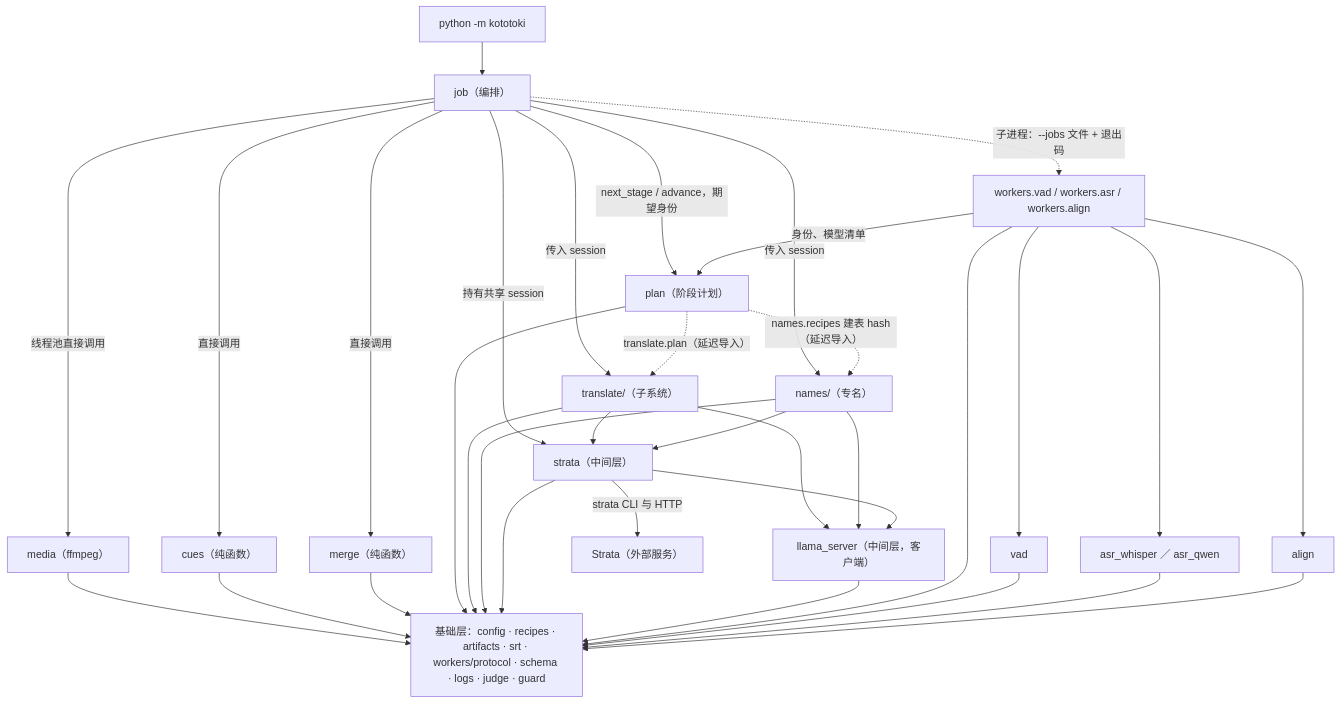
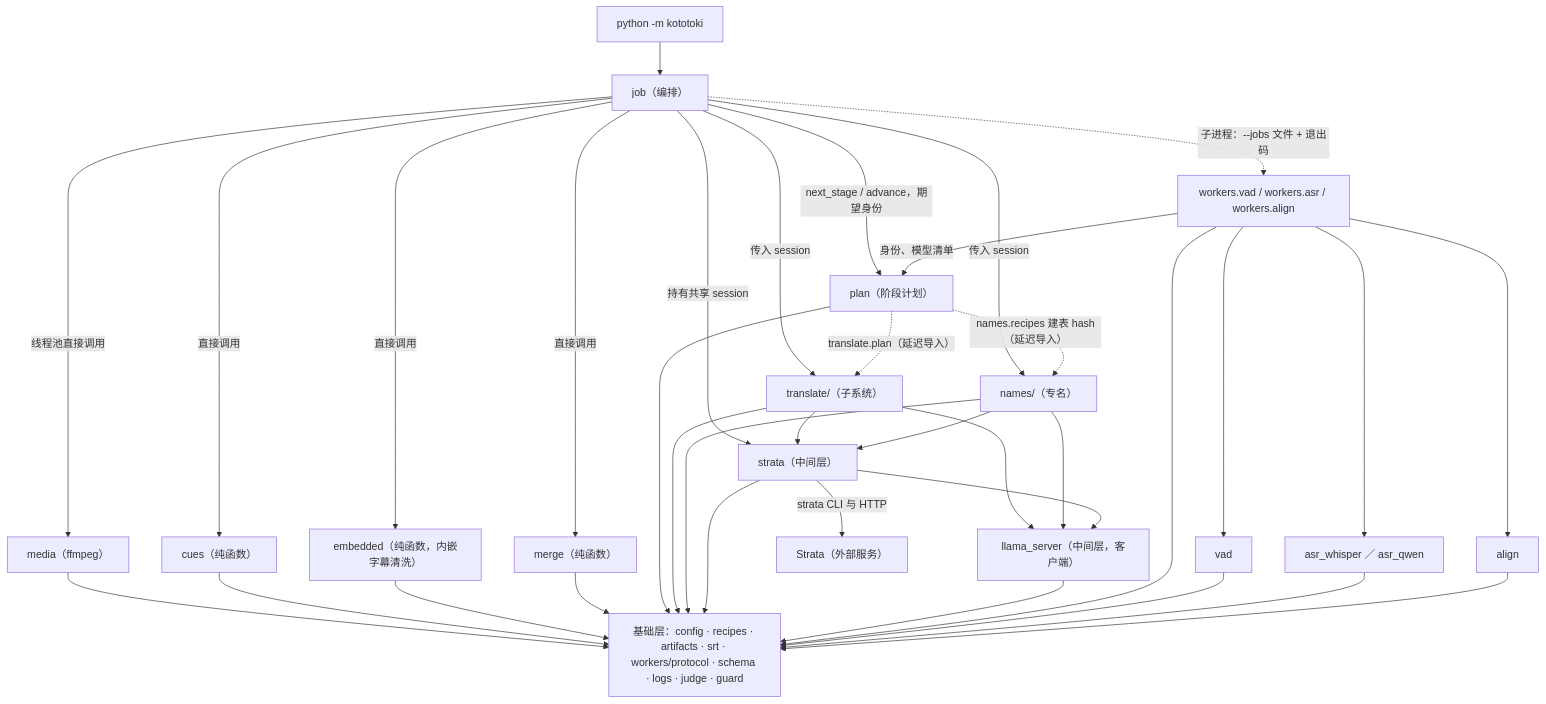
One commit to watchzerg/kototoki changed the second of 2 diagrams in docs/architecture/INDEX.md. Above: the diagram before and after it, drawn with Mermaid. The commit also changed other lines of this file and 26 other files, not shown here.

````diff
--- a/docs/architecture/INDEX.md
+++ b/docs/architecture/INDEX.md
@@ -55,37 +55,39 @@
 ```mermaid
 flowchart TB
   MAIN["python -m kototoki"] --> JOB["job（编排）"]
   JOB -->|线程池直接调用| MEDIA["media（ffmpeg）"]
   JOB -->|直接调用| CUES["cues（纯函数）"]
+  JOB -->|直接调用| EMB["embedded（纯函数，内嵌字幕清洗）"]
   JOB -->|直接调用| MERGE["merge（纯函数）"]
   JOB -->|next_stage / advance，期望身份| PLAN["plan（阶段计划）"]
   JOB -->|持有共享 session| ST["strata（中间层）"]
   JOB -->|传入 session| NM["names/（专名）"]
   JOB -->|传入 session| TR["translate/（子系统）"]
   JOB -.->|子进程：--jobs 文件 + 退出码| WK["workers.vad / workers.asr / workers.align"]
   WK -->|身份、模型清单| PLAN
   PLAN -.->|translate.plan（延迟导入）| TR
   PLAN -.->|names.recipes 建表 hash（延迟导入）| NM
   WK --> VAD["vad"]
   WK --> ASR["asr_whisper ／ asr_qwen"]
   WK --> ALIGN["align"]
   TR --> ST
   NM --> ST
   TR --> LS["llama_server（中间层，客户端）"]
   NM --> LS
   ST --> LS
   ST -->|strata CLI 与 HTTP| STRATA["Strata（外部服务）"]
   MEDIA --> BASE
   CUES --> BASE
+  EMB --> BASE
   MERGE --> BASE
   PLAN --> BASE
   TR --> BASE
   NM --> BASE
   ST --> BASE
   LS --> BASE
   WK --> BASE
   VAD --> BASE
   ASR --> BASE
   ALIGN --> BASE
   BASE["基础层：config · recipes · artifacts · srt · workers/protocol · schema · logs · judge · guard"]
 ```
````
